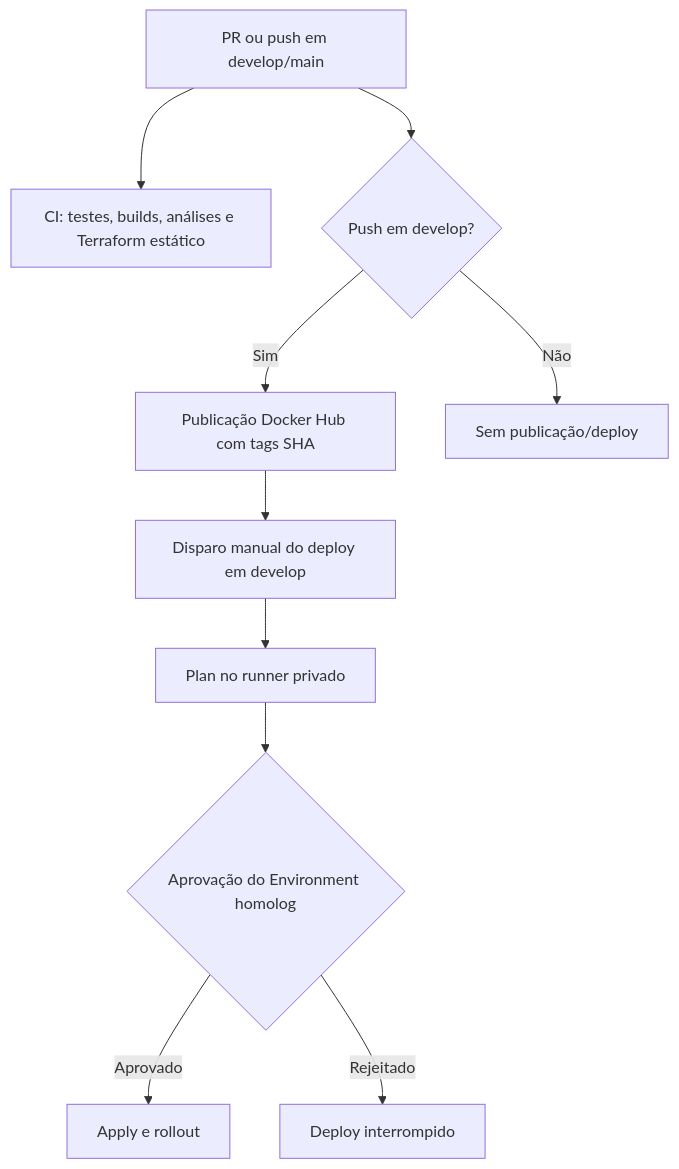
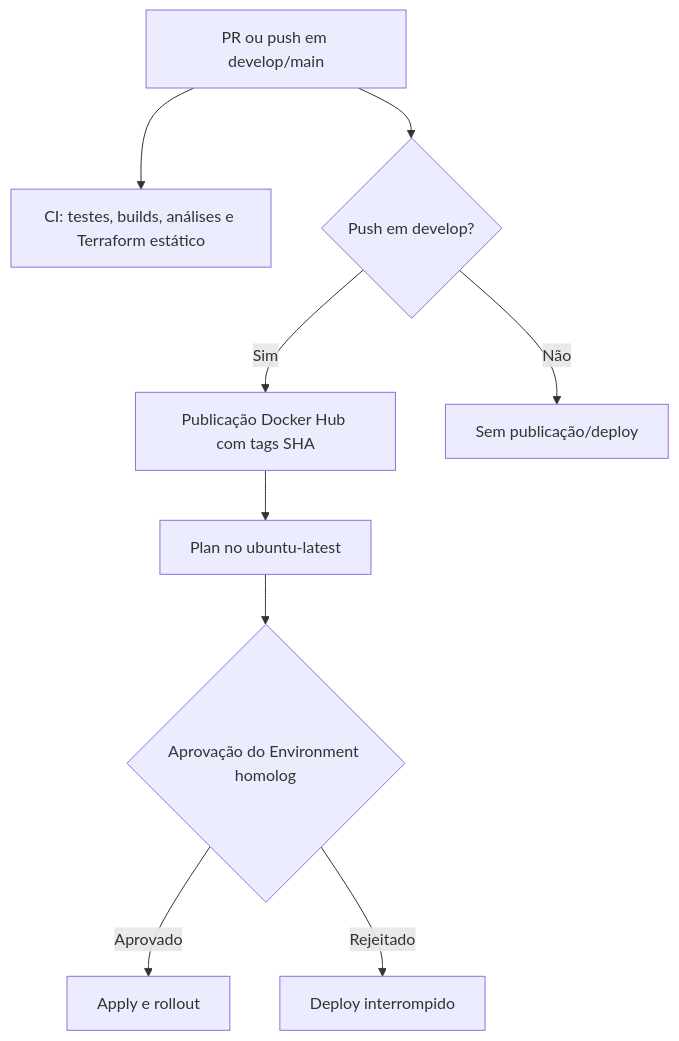
One commit to BrunoSousa06/autoflow changed the first of 2 diagrams in README.md. Above: the diagram before and after it, drawn with Mermaid. The commit also changed other lines of this file and 6 other files, not shown here.

Commit message:
feat(ci): automatizar deploy de homolog em develop

````diff
--- a/README.md
+++ b/README.md
@@ -207,12 +207,11 @@
 ```mermaid
 flowchart TD
   A[PR ou push em develop/main] --> B[CI: testes, builds, análises e Terraform estático]
   A --> C{Push em develop?}
   C -->|Sim| D[Publicação Docker Hub com tags SHA]
-  D --> E[Disparo manual do deploy em develop]
-  E --> P[Plan no runner privado]
+  D --> P[Plan no ubuntu-latest]
   P --> G{Aprovação do Environment homolog}
   G -->|Aprovado| T[Apply e rollout]
   G -->|Rejeitado| X[Deploy interrompido]
   C -->|Não| F[Sem publicação/deploy]
 ```
````
